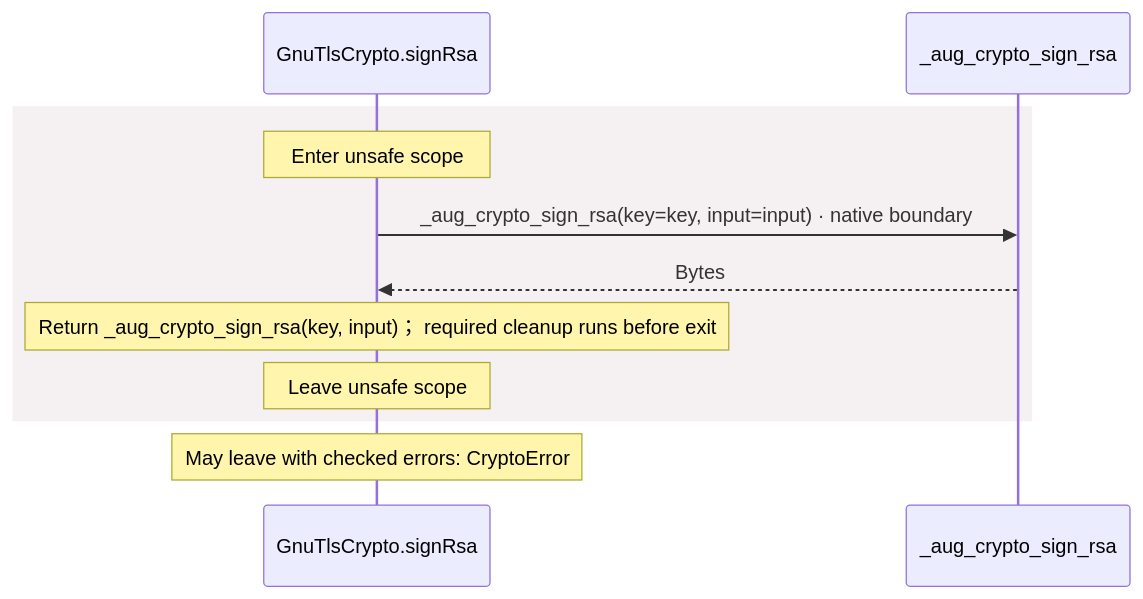
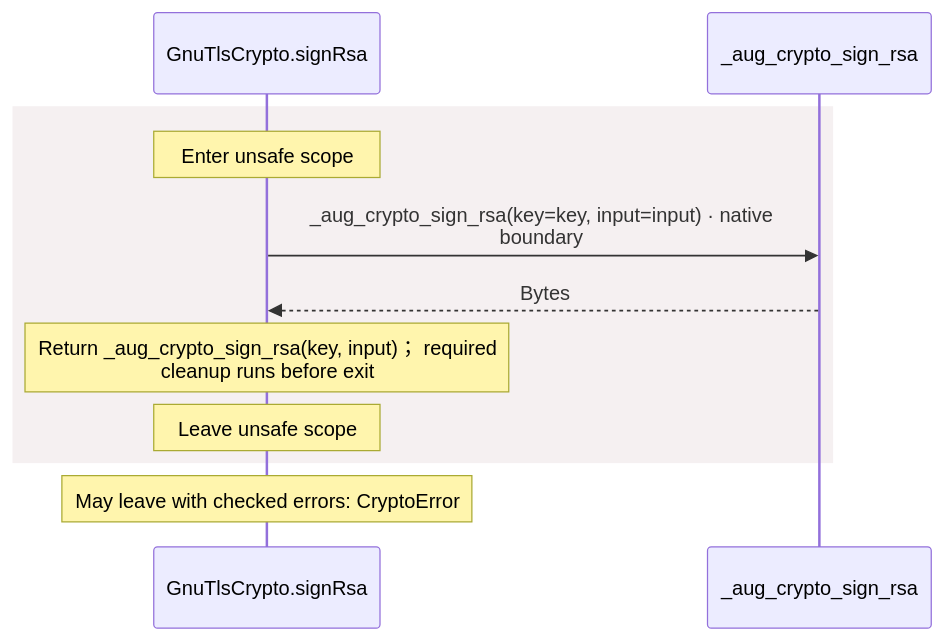
Before and after one commit to GreenPandaStudios/augscript: the eighth of 14 diagrams in docs/examples/oidc-login/dependencies/packages/@git/url_9ef654c66d34ab8f5527/0.0.0-git.b14a0f9aa41f1ce58bd51133bcdc424033e40d40/contracts-diagrams.md, drawn with Mermaid. The commit also changed other lines of this file and 200 other files, not shown here.

Commit message:
Group imported operations and wrap readable sequence messages

````diff
--- a/docs/examples/oidc-login/dependencies/packages/@git/url_9ef654c66d34ab8f5527/0.0.0-git.b14a0f9aa41f1ce58bd51133bcdc424033e40d40/contracts-diagrams.md
+++ b/docs/examples/oidc-login/dependencies/packages/@git/url_9ef654c66d34ab8f5527/0.0.0-git.b14a0f9aa41f1ce58bd51133bcdc424033e40d40/contracts-diagrams.md
@@ -371,13 +371,13 @@
 ```mermaid
 sequenceDiagram
     participant p0 as GnuTlsCrypto.signRsa
     participant p1 as _aug_crypto_sign_rsa
     rect rgb(245, 240, 241)
     Note over p0: Enter unsafe scope
-    p0->>p1: _aug_crypto_sign_rsa(key=key, input=input) · native boundary
+    p0->>p1: _aug_crypto_sign_rsa(key=key, input=input) · native<br/>boundary
     p1-->>p0: Bytes
-    Note over p0: Return _aug_crypto_sign_rsa(key, input)； required cleanup runs before exit
+    Note over p0: Return _aug_crypto_sign_rsa(key, input)； required<br/>cleanup runs before exit
     Note over p0: Leave unsafe scope
     end
     Note over p0: May leave with checked errors: CryptoError
 ```
````
